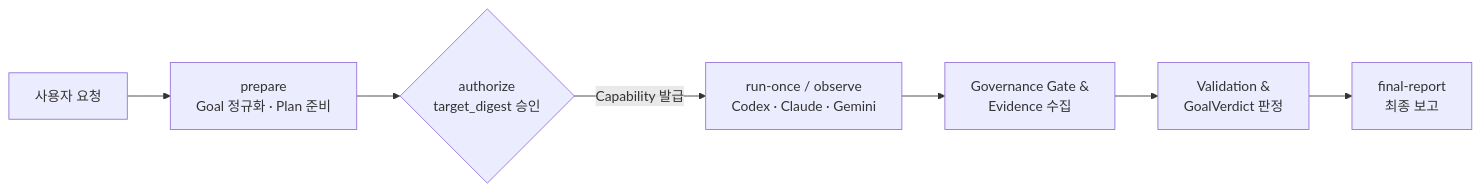
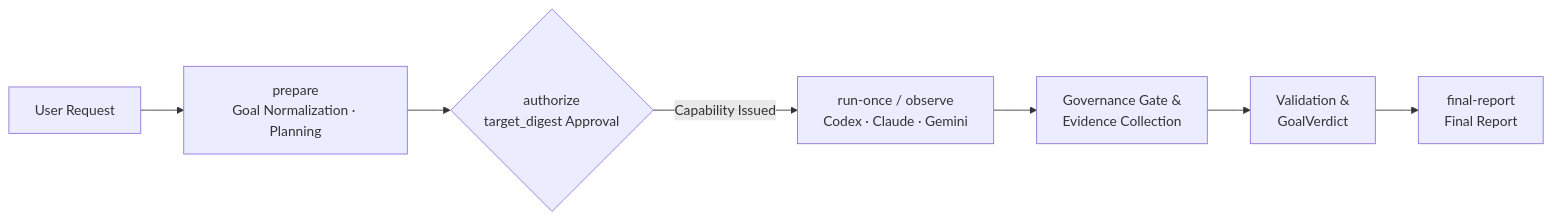
One commit to jaeseongs95/vibemarshal changed the diagram in README.md. Above: the diagram before and after it, drawn with Mermaid. The commit also changed other lines of this file and 21 other files, not shown here.

````diff
--- a/README.md
+++ b/README.md
@@ -28,9 +28,9 @@
 ```mermaid
 flowchart LR
-    Req["사용자 요청"] --> Prep["prepare<br/>Goal 정규화 · Plan 준비"]
-    Prep --> Auth{"authorize<br/>target_digest 승인"}
-    Auth -->|Capability 발급| Tick["run-once / observe<br/>Codex · Claude · Gemini"]
-    Tick --> Gate["Governance Gate &<br/>Evidence 수집"]
-    Gate --> Val["Validation &<br/>GoalVerdict 판정"]
-    Val --> Rep["final-report<br/>최종 보고"]
+    Req["User Request"] --> Prep["prepare<br/>Goal Normalization · Planning"]
+    Prep --> Auth{"authorize<br/>target_digest Approval"}
+    Auth -->|Capability Issued| Tick["run-once / observe<br/>Codex · Claude · Gemini"]
+    Tick --> Gate["Governance Gate &<br/>Evidence Collection"]
+    Gate --> Val["Validation &<br/>GoalVerdict"]
+    Val --> Rep["final-report<br/>Final Report"]
 ```
````
